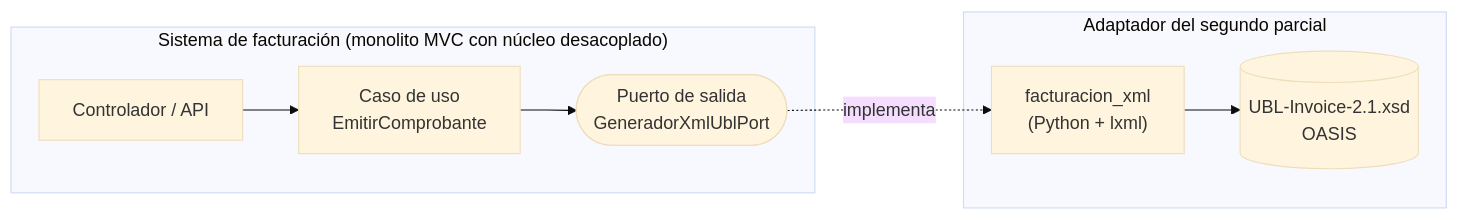
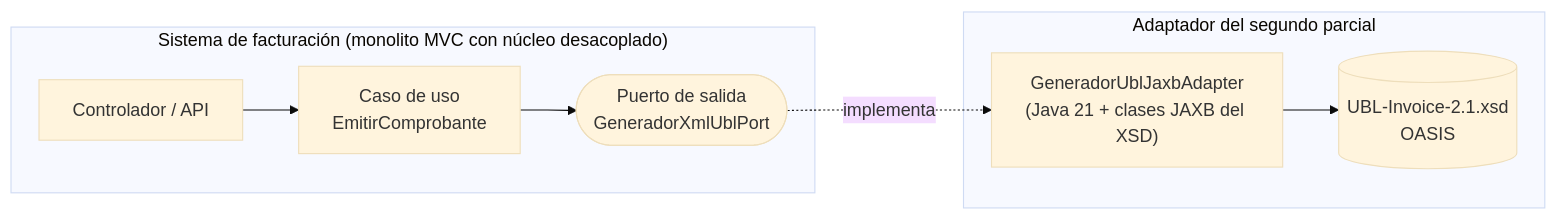
One commit to afgilmer16-svg/proyecto_arquitectura changed the diagram in diagramas/fuentes/01-segundo-parcial-01-descripcion-caso-2-1-donde-encaja-el-generador.mmd. Above: the diagram before and after it, drawn with Mermaid (base theme). The commit also changed 62 other files, not shown here.

First line of the commit message:
Agrega el generador XML en Java 21 con clases JAXB generadas desde el XSD

```diff
--- a/diagramas/fuentes/01-segundo-parcial-01-descripcion-caso-2-1-donde-encaja-el-generador.mmd
+++ b/diagramas/fuentes/01-segundo-parcial-01-descripcion-caso-2-1-donde-encaja-el-generador.mmd
@@ -1,13 +1,13 @@
 flowchart LR
     subgraph Sistema["Sistema de facturación (monolito MVC con núcleo desacoplado)"]
         CTRL["Controlador / API"]
         CASO["Caso de uso<br/>EmitirComprobante"]
         PUERTO(["Puerto de salida<br/>GeneradorXmlUblPort"])
     end
     subgraph Adaptador["Adaptador del segundo parcial"]
-        GEN["facturacion_xml<br/>(Python + lxml)"]
+        GEN["GeneradorUblJaxbAdapter<br/>(Java 21 + clases JAXB del XSD)"]
         XSD[("UBL-Invoice-2.1.xsd<br/>OASIS")]
     end
     CTRL --> CASO --> PUERTO
     PUERTO -.implementa.-> GEN
     GEN --> XSD
```
